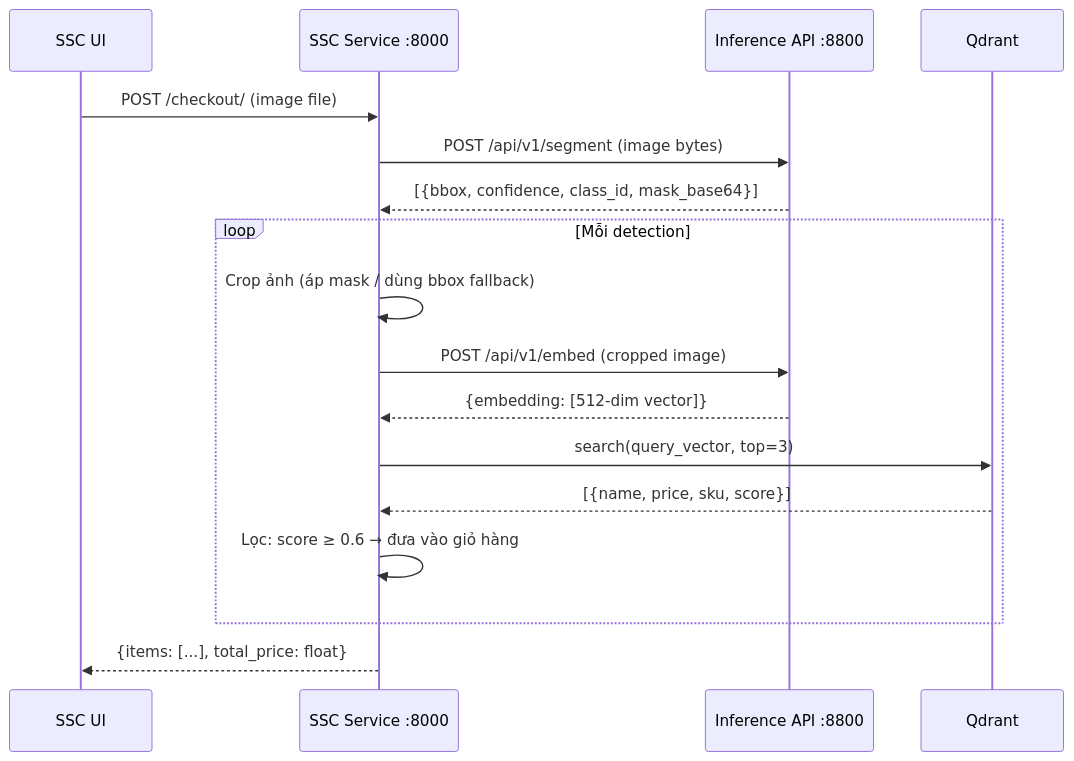
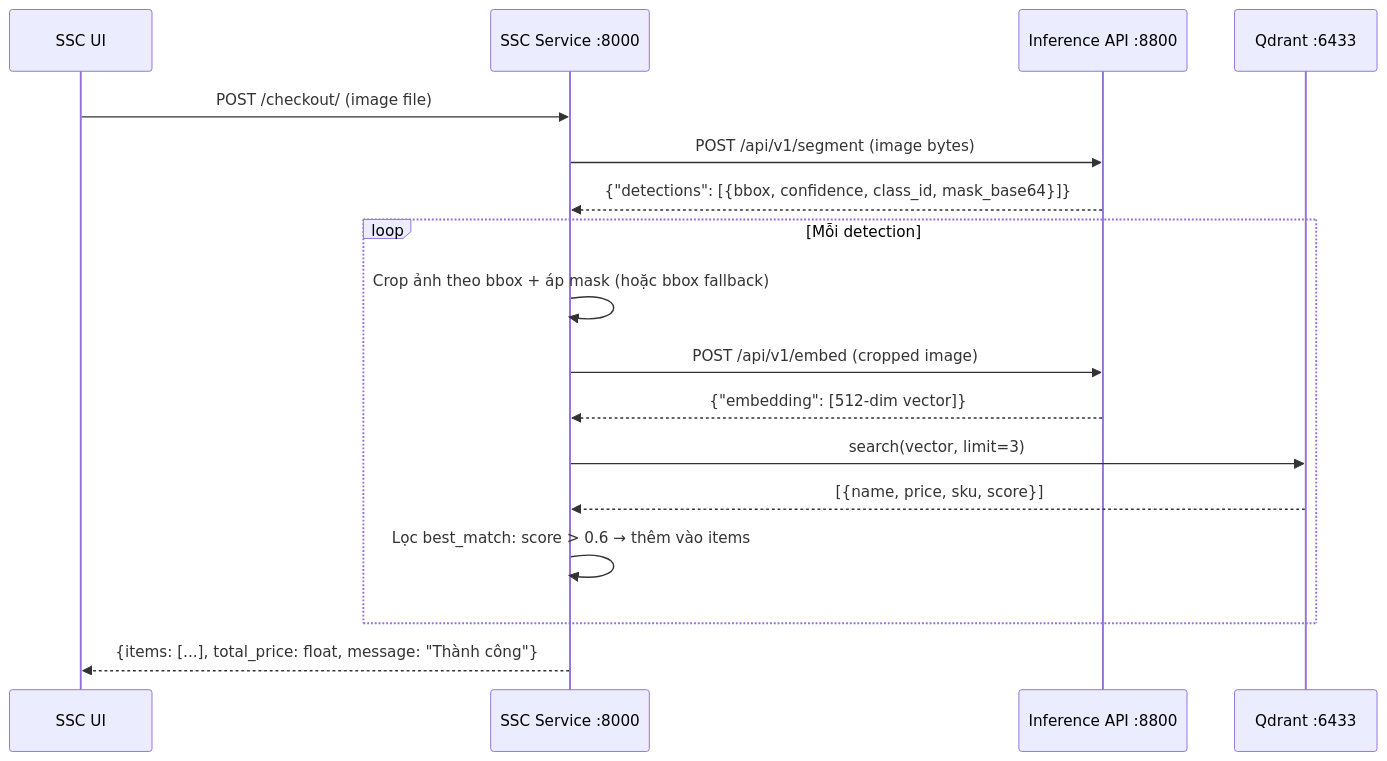
One commit to tgkiet/smart-checkout changed the fifth of 5 diagrams in bao_cao_chuong1_2.md. Above: the diagram before and after it, drawn with Mermaid. The commit also changed other lines of this file, not shown here.

Commit message:
fix report: implement diagram from draw io to into word

````diff
--- a/bao_cao_chuong1_2.md
+++ b/bao_cao_chuong1_2.md
@@ -486,22 +489,22 @@
 ```mermaid
 sequenceDiagram
     participant UI as SSC UI
     participant SVC as SSC Service :8000
     participant INF as Inference API :8800
-    participant QD as Qdrant
+    participant QD as Qdrant :6433
 
     UI->>SVC: POST /checkout/ (image file)
     SVC->>INF: POST /api/v1/segment (image bytes)
-    INF-->>SVC: [{bbox, confidence, class_id, mask_base64}]
+    INF-->>SVC: {"detections": [{bbox, confidence, class_id, mask_base64}]}
 
     loop Mỗi detection
-        SVC->>SVC: Crop ảnh (áp mask / dùng bbox fallback)
+        SVC->>SVC: Crop ảnh theo bbox + áp mask (hoặc bbox fallback)
         SVC->>INF: POST /api/v1/embed (cropped image)
-        INF-->>SVC: {embedding: [512-dim vector]}
-        SVC->>QD: search(query_vector, top=3)
+        INF-->>SVC: {"embedding": [512-dim vector]}
+        SVC->>QD: search(vector, limit=3)
         QD-->>SVC: [{name, price, sku, score}]
-        SVC->>SVC: Lọc: score ≥ 0.6 → đưa vào giỏ hàng
+        SVC->>SVC: Lọc best_match: score > 0.6 → thêm vào items
     end
 
-    SVC-->>UI: {items: [...], total_price: float}
+    SVC-->>UI: {items: [...], total_price: float, message: "Thành công"}
 ```
````
